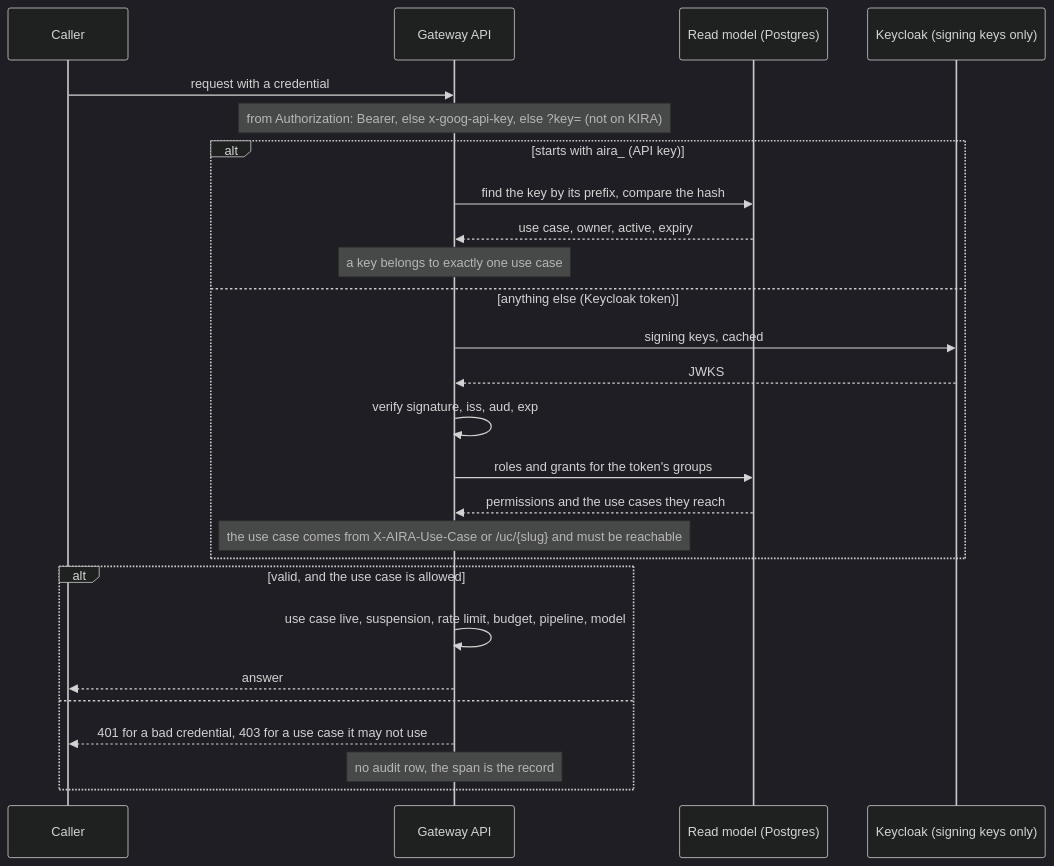
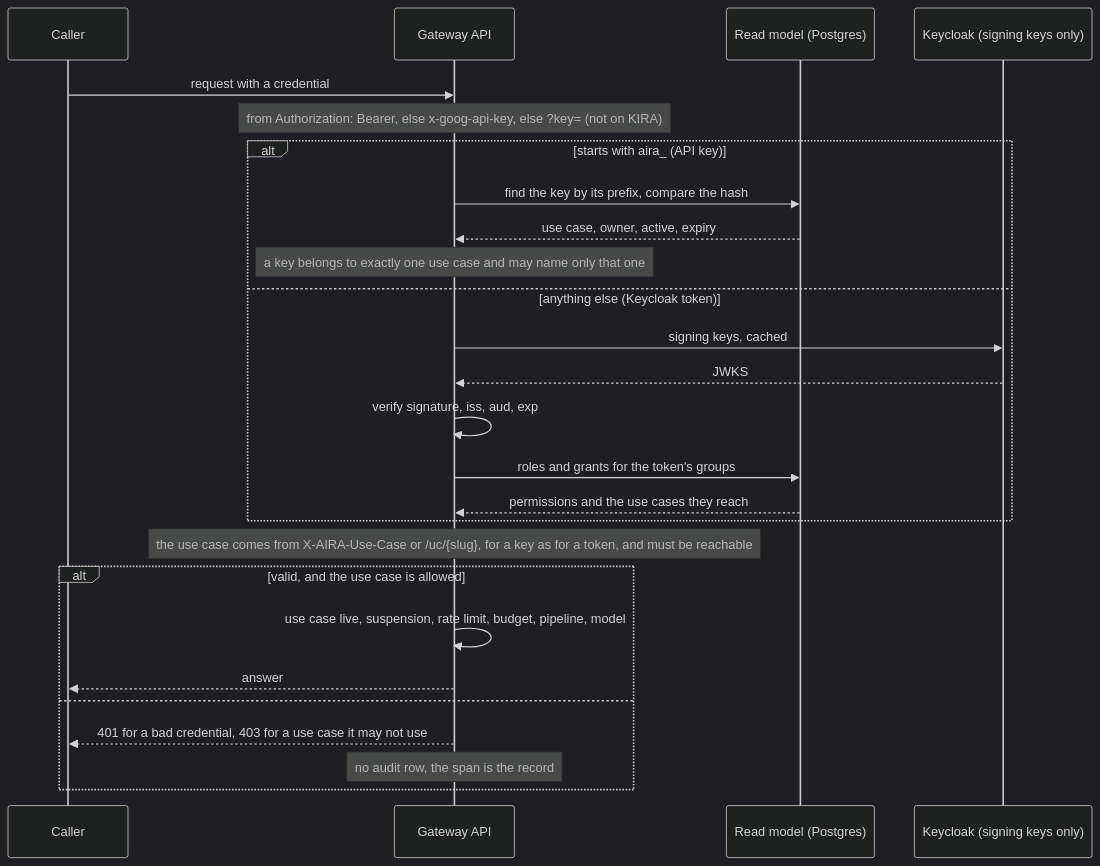
Diagram 12 of 13 in docs/ARCHITECTURE.md (InigoImago/AIRA-Gateway), drawn with Mermaid (dark theme) before and after one commit. The commit also changed other lines of this file and 98 other files, not shown here.

````diff
--- a/docs/ARCHITECTURE.md
+++ b/docs/ARCHITECTURE.md
@@ -1071,29 +1072,29 @@
 ```mermaid
 sequenceDiagram
     participant X as Caller
     participant G as Gateway API
     participant R as Read model (Postgres)
     participant K as Keycloak (signing keys only)
 
     X->>G: request with a credential
     Note over G: from Authorization: Bearer, else x-goog-api-key, else ?key= (not on KIRA)
     alt starts with aira_ (API key)
         G->>R: find the key by its prefix, compare the hash
         R-->>G: use case, owner, active, expiry
-        Note over G: a key belongs to exactly one use case
+        Note over G: a key belongs to exactly one use case and may name only that one
     else anything else (Keycloak token)
         G->>K: signing keys, cached
         K-->>G: JWKS
         G->>G: verify signature, iss, aud, exp
         G->>R: roles and grants for the token's groups
         R-->>G: permissions and the use cases they reach
-        Note over G: the use case comes from X-AIRA-Use-Case or /uc/{slug} and must be reachable
     end
+    Note over G: the use case comes from X-AIRA-Use-Case or /uc/{slug}, for a key as for a token, and must be reachable
     alt valid, and the use case is allowed
         G->>G: use case live, suspension, rate limit, budget, pipeline, model
         G-->>X: answer
     else
         G-->>X: 401 for a bad credential, 403 for a use case it may not use
         Note over G: no audit row, the span is the record
     end
 ```
````
